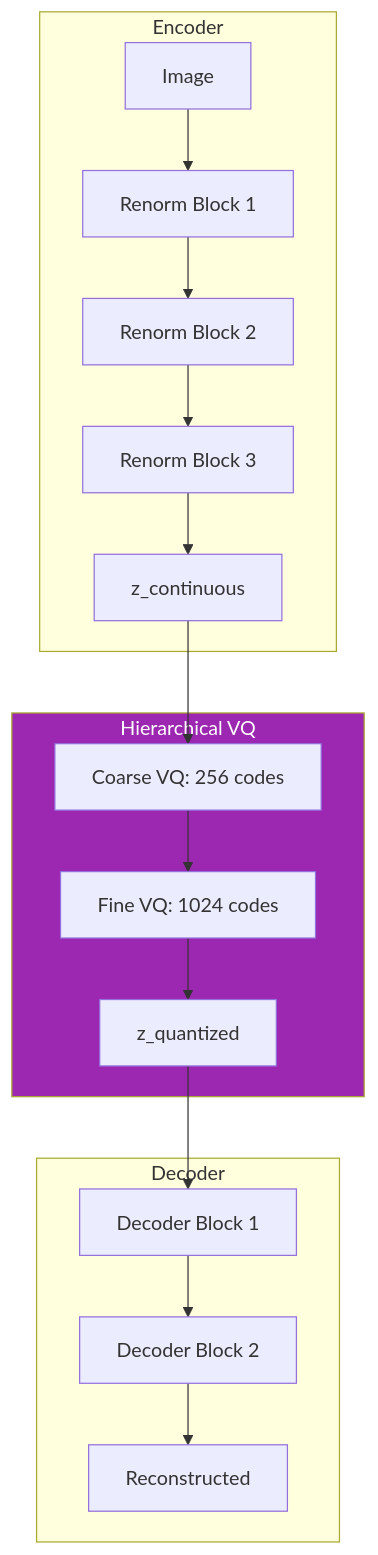
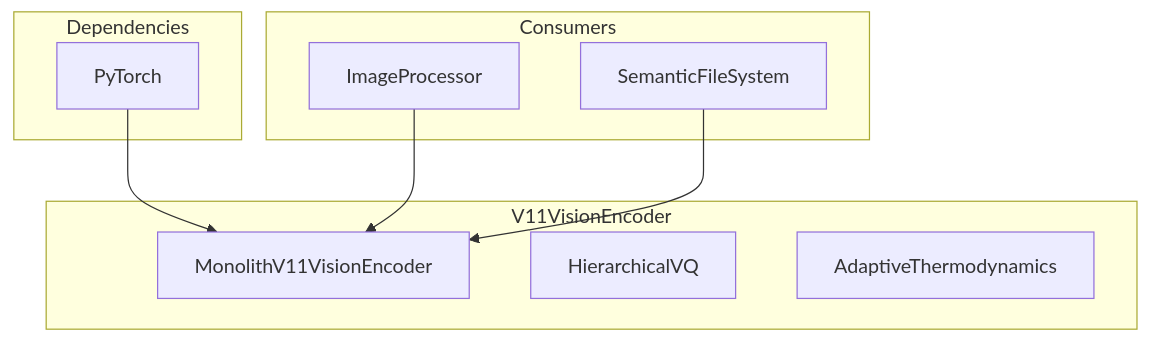
One commit to GAndreuu/Prototype-Alexandria changed the diagram in docs/core/memory/v11_vision_encoder.md. Above: the diagram before and after it, drawn with Mermaid. The commit also changed other lines of this file and 137 other files, not shown here.

First line of the commit message:
docs: update README, RESUMO_SISTEMA, STRUCTURE with current stats and mermaid diagrams

````diff
--- a/docs/core/memory/v11_vision_encoder.md
+++ b/docs/core/memory/v11_vision_encoder.md
@@ -17,23 +99,17 @@
 ```mermaid
 graph TB
-    subgraph Encoder
-        I[Image] --> RB1[Renorm Block 1]
-        RB1 --> RB2[Renorm Block 2]
-        RB2 --> RB3[Renorm Block 3]
-        RB3 --> Z[z_continuous]
+    subgraph V11VisionEncoder
+        V11[MonolithV11VisionEncoder]
+        HVQ[HierarchicalVQ]
+        AT[AdaptiveThermodynamics]
     end
     
-    subgraph VQ["Hierarchical VQ"]
-        Z --> VQC[Coarse VQ: 256 codes]
-        VQC --> VQF[Fine VQ: 1024 codes]
-        VQF --> ZQ[z_quantized]
+    subgraph Dependencies
+        Torch[PyTorch] --> V11
     end
     
-    subgraph Decoder
-        ZQ --> D1[Decoder Block 1]
-        D1 --> D2[Decoder Block 2]
-        D2 --> Recon[Reconstructed]
+    subgraph Consumers
+        IP[ImageProcessor] --> V11
+        SFS[SemanticFileSystem] --> V11
     end
-    
-    style VQ fill:#9C27B0,color:#fff
 ```
````
